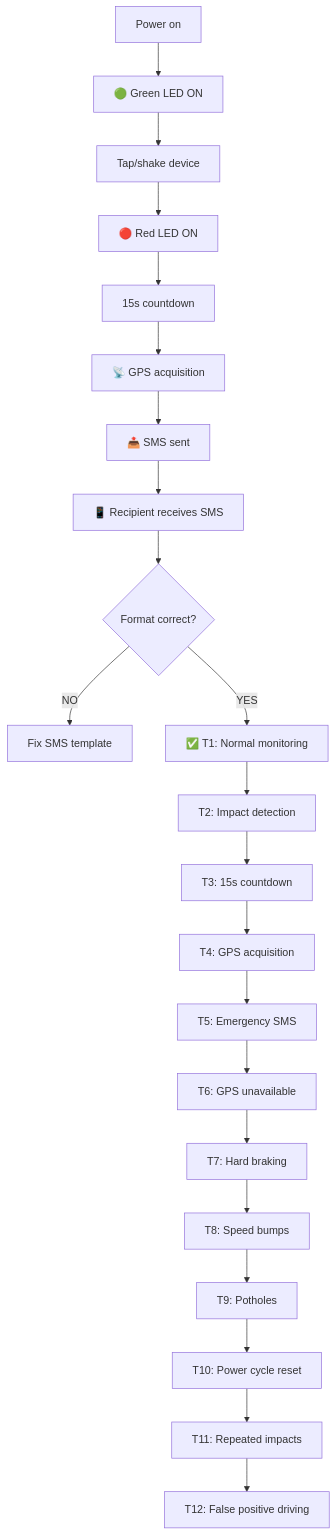
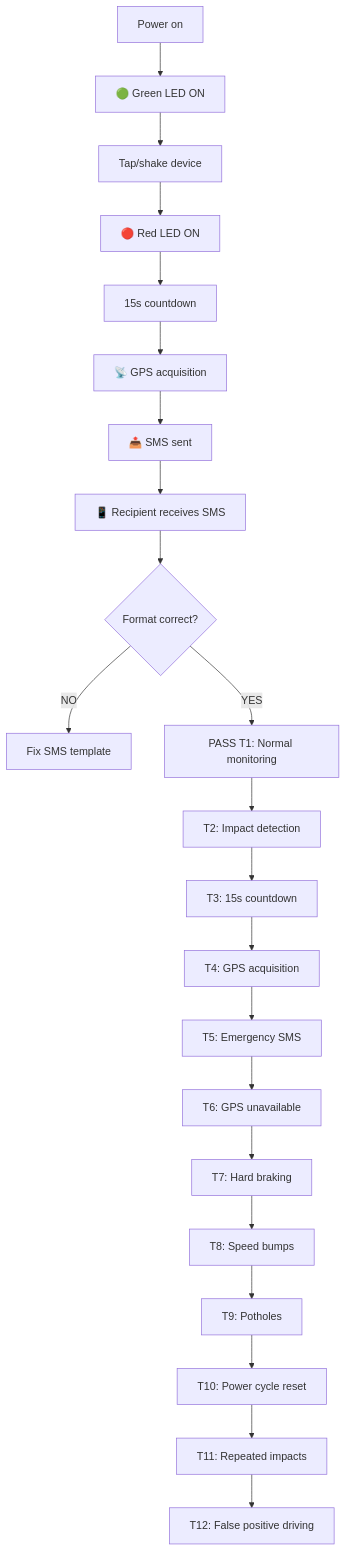
The seventh of 8 diagrams in docs/TESTING.md (qppd/smart-vehicle-impact-detection-device), drawn with Mermaid before and after one commit. The commit also changed other lines of this file and 10 other files, not shown here.

````diff
--- a/docs/TESTING.md
+++ b/docs/TESTING.md
@@ -139,24 +139,24 @@
 ```mermaid
 flowchart TD
     POWER_ON["Power on"] --> MONITOR["🟢 Green LED ON"]
     MONITOR --> TAP["Tap/shake device"]
     TAP --> RED_ON["🔴 Red LED ON"]
     RED_ON --> COUNT["15s countdown"]
     COUNT --> GPS["📡 GPS acquisition"]
     GPS --> SMS["📤 SMS sent"]
     SMS --> RECIPIENT["📱 Recipient receives SMS"]
     RECIPIENT --> FORMAT{"Format correct?"}
     FORMAT -->|NO| FIX_SMS["Fix SMS template"]
-    FORMAT -->|YES| T1["✅ T1: Normal monitoring"]
+    FORMAT -->|YES| T1["PASS T1: Normal monitoring"]
     T1 --> T2["T2: Impact detection"]
     T2 --> T3["T3: 15s countdown"]
     T3 --> T4["T4: GPS acquisition"]
     T4 --> T5["T5: Emergency SMS"]
     T5 --> T6["T6: GPS unavailable"]
     T6 --> T7["T7: Hard braking"]
     T7 --> T8["T8: Speed bumps"]
     T8 --> T9["T9: Potholes"]
     T9 --> T10["T10: Power cycle reset"]
     T10 --> T11["T11: Repeated impacts"]
     T11 --> T12["T12: False positive driving"]
 ```
````
